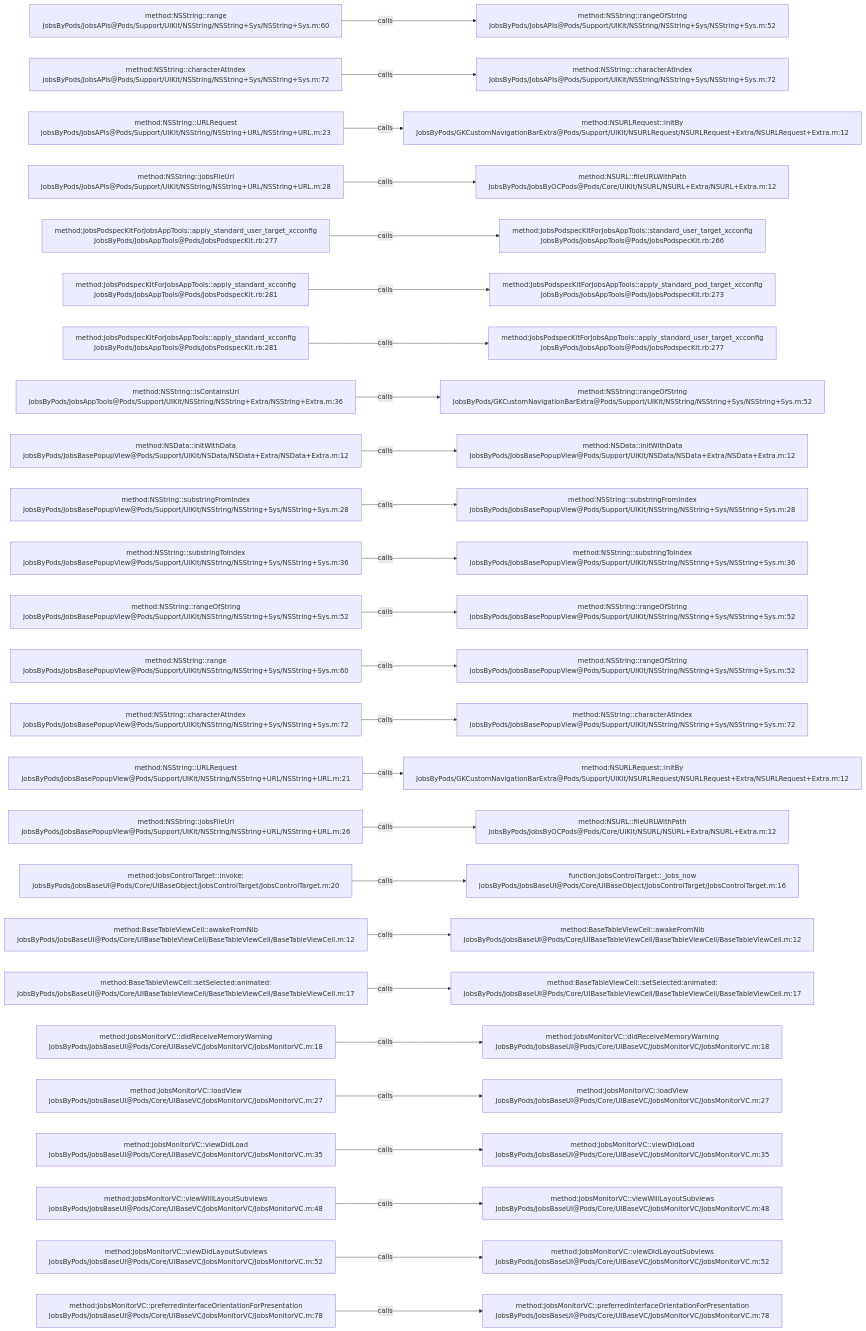
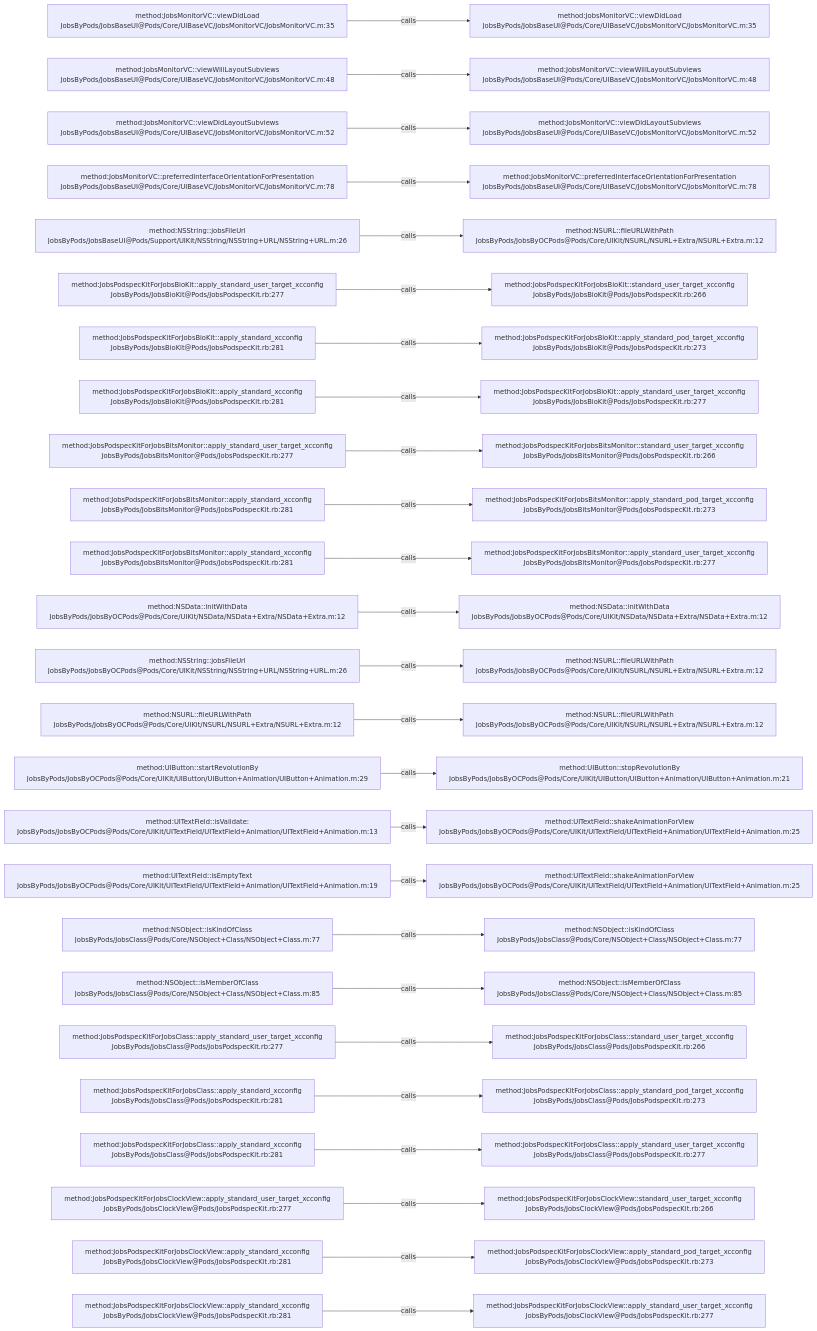
One commit to JobsKits/JobsOCBaseConfigDemo changed the diagram in .codegraph/codegraph.md/graphs/calls-002.md. Above: the diagram before and after it, drawn with Mermaid. The commit also changed 1448 other files, not shown here.

````diff
--- a/.codegraph/codegraph.md/graphs/calls-002.md
+++ b/.codegraph/codegraph.md/graphs/calls-002.md
@@ -13,78 +13,78 @@
 ```mermaid
 flowchart LR
-  S1["method:NSString::range<br/>JobsByPods/JobsAPIs@Pods/Support/UIKit/NSString/NSString+Sys/NSString+Sys.m:60"]
-  T1["method:NSString::rangeOfString<br/>JobsByPods/JobsAPIs@Pods/Support/UIKit/NSString/NSString+Sys/NSString+Sys.m:52"]
+  S1["method:JobsMonitorVC::viewDidLoad<br/>JobsByPods/JobsBaseUI@Pods/Core/UIBaseVC/JobsMonitorVC/JobsMonitorVC.m:35"]
+  T1["method:JobsMonitorVC::viewDidLoad<br/>JobsByPods/JobsBaseUI@Pods/Core/UIBaseVC/JobsMonitorVC/JobsMonitorVC.m:35"]
   S1 -->|calls| T1
-  S2["method:NSString::characterAtIndex<br/>JobsByPods/JobsAPIs@Pods/Support/UIKit/NSString/NSString+Sys/NSString+Sys.m:72"]
-  T2["method:NSString::characterAtIndex<br/>JobsByPods/JobsAPIs@Pods/Support/UIKit/NSString/NSString+Sys/NSString+Sys.m:72"]
+  S2["method:JobsMonitorVC::viewWillLayoutSubviews<br/>JobsByPods/JobsBaseUI@Pods/Core/UIBaseVC/JobsMonitorVC/JobsMonitorVC.m:48"]
+  T2["method:JobsMonitorVC::viewWillLayoutSubviews<br/>JobsByPods/JobsBaseUI@Pods/Core/UIBaseVC/JobsMonitorVC/JobsMonitorVC.m:48"]
   S2 -->|calls| T2
-  S3["method:NSString::URLRequest<br/>JobsByPods/JobsAPIs@Pods/Support/UIKit/NSString/NSString+URL/NSString+URL.m:23"]
-  T3["method:NSURLRequest::initBy<br/>JobsByPods/GKCustomNavigationBarExtra@Pods/Support/UIKit/NSURLRequest/NSURLRequest+Extra/NSURLRequest+Extra.m:12"]
+  S3["method:JobsMonitorVC::viewDidLayoutSubviews<br/>JobsByPods/JobsBaseUI@Pods/Core/UIBaseVC/JobsMonitorVC/JobsMonitorVC.m:52"]
+  T3["method:JobsMonitorVC::viewDidLayoutSubviews<br/>JobsByPods/JobsBaseUI@Pods/Core/UIBaseVC/JobsMonitorVC/JobsMonitorVC.m:52"]
   S3 -->|calls| T3
-  S4["method:NSString::jobsFileUrl<br/>JobsByPods/JobsAPIs@Pods/Support/UIKit/NSString/NSString+URL/NSString+URL.m:28"]
-  T4["method:NSURL::fileURLWithPath<br/>JobsByPods/JobsByOCPods@Pods/Core/UIKit/NSURL/NSURL+Extra/NSURL+Extra.m:12"]
+  S4["method:JobsMonitorVC::preferredInterfaceOrientationForPresentation<br/>JobsByPods/JobsBaseUI@Pods/Core/UIBaseVC/JobsMonitorVC/JobsMonitorVC.m:78"]
+  T4["method:JobsMonitorVC::preferredInterfaceOrientationForPresentation<br/>JobsByPods/JobsBaseUI@Pods/Core/UIBaseVC/JobsMonitorVC/JobsMonitorVC.m:78"]
   S4 -->|calls| T4
-  S5["method:JobsPodspecKitForJobsAppTools::apply_standard_user_target_xcconfig<br/>JobsByPods/JobsAppTools@Pods/JobsPodspecKit.rb:277"]
-  T5["method:JobsPodspecKitForJobsAppTools::standard_user_target_xcconfig<br/>JobsByPods/JobsAppTools@Pods/JobsPodspecKit.rb:266"]
+  S5["method:NSString::jobsFileUrl<br/>JobsByPods/JobsBaseUI@Pods/Support/UIKit/NSString/NSString+URL/NSString+URL.m:26"]
+  T5["method:NSURL::fileURLWithPath<br/>JobsByPods/JobsByOCPods@Pods/Core/UIKit/NSURL/NSURL+Extra/NSURL+Extra.m:12"]
   S5 -->|calls| T5
-  S6["method:JobsPodspecKitForJobsAppTools::apply_standard_xcconfig<br/>JobsByPods/JobsAppTools@Pods/JobsPodspecKit.rb:281"]
-  T6["method:JobsPodspecKitForJobsAppTools::apply_standard_pod_target_xcconfig<br/>JobsByPods/JobsAppTools@Pods/JobsPodspecKit.rb:273"]
+  S6["method:JobsPodspecKitForJobsBioKit::apply_standard_user_target_xcconfig<br/>JobsByPods/JobsBioKit@Pods/JobsPodspecKit.rb:277"]
+  T6["method:JobsPodspecKitForJobsBioKit::standard_user_target_xcconfig<br/>JobsByPods/JobsBioKit@Pods/JobsPodspecKit.rb:266"]
   S6 -->|calls| T6
-  S7["method:JobsPodspecKitForJobsAppTools::apply_standard_xcconfig<br/>JobsByPods/JobsAppTools@Pods/JobsPodspecKit.rb:281"]
-  T7["method:JobsPodspecKitForJobsAppTools::apply_standard_user_target_xcconfig<br/>JobsByPods/JobsAppTools@Pods/JobsPodspecKit.rb:277"]
+  S7["method:JobsPodspecKitForJobsBioKit::apply_standard_xcconfig<br/>JobsByPods/JobsBioKit@Pods/JobsPodspecKit.rb:281"]
+  T7["method:JobsPodspecKitForJobsBioKit::apply_standard_pod_target_xcconfig<br/>JobsByPods/JobsBioKit@Pods/JobsPodspecKit.rb:273"]
   S7 -->|calls| T7
-  S8["method:NSString::isContainsUrl<br/>JobsByPods/JobsAppTools@Pods/Support/UIKit/NSString/NSString+Extra/NSString+Extra.m:36"]
-  T8["method:NSString::rangeOfString<br/>JobsByPods/GKCustomNavigationBarExtra@Pods/Support/UIKit/NSString/NSString+Sys/NSString+Sys.m:52"]
+  S8["method:JobsPodspecKitForJobsBioKit::apply_standard_xcconfig<br/>JobsByPods/JobsBioKit@Pods/JobsPodspecKit.rb:281"]
+  T8["method:JobsPodspecKitForJobsBioKit::apply_standard_user_target_xcconfig<br/>JobsByPods/JobsBioKit@Pods/JobsPodspecKit.rb:277"]
   S8 -->|calls| T8
-  S9["method:NSData::initWithData<br/>JobsByPods/JobsBasePopupView@Pods/Support/UIKit/NSData/NSData+Extra/NSData+Extra.m:12"]
-  T9["method:NSData::initWithData<br/>JobsByPods/JobsBasePopupView@Pods/Support/UIKit/NSData/NSData+Extra/NSData+Extra.m:12"]
+  S9["method:JobsPodspecKitForJobsBitsMonitor::apply_standard_user_target_xcconfig<br/>JobsByPods/JobsBitsMonitor@Pods/JobsPodspecKit.rb:277"]
+  T9["method:JobsPodspecKitForJobsBitsMonitor::standard_user_target_xcconfig<br/>JobsByPods/JobsBitsMonitor@Pods/JobsPodspecKit.rb:266"]
   S9 -->|calls| T9
-  S10["method:NSString::substringFromIndex<br/>JobsByPods/JobsBasePopupView@Pods/Support/UIKit/NSString/NSString+Sys/NSString+Sys.m:28"]
-  T10["method:NSString::substringFromIndex<br/>JobsByPods/JobsBasePopupView@Pods/Support/UIKit/NSString/NSString+Sys/NSString+Sys.m:28"]
+  S10["method:JobsPodspecKitForJobsBitsMonitor::apply_standard_xcconfig<br/>JobsByPods/JobsBitsMonitor@Pods/JobsPodspecKit.rb:281"]
+  T10["method:JobsPodspecKitForJobsBitsMonitor::apply_standard_pod_target_xcconfig<br/>JobsByPods/JobsBitsMonitor@Pods/JobsPodspecKit.rb:273"]
   S10 -->|calls| T10
-  S11["method:NSString::substringToIndex<br/>JobsByPods/JobsBasePopupView@Pods/Support/UIKit/NSString/NSString+Sys/NSString+Sys.m:36"]
-  T11["method:NSString::substringToIndex<br/>JobsByPods/JobsBasePopupView@Pods/Support/UIKit/NSString/NSString+Sys/NSString+Sys.m:36"]
+  S11["method:JobsPodspecKitForJobsBitsMonitor::apply_standard_xcconfig<br/>JobsByPods/JobsBitsMonitor@Pods/JobsPodspecKit.rb:281"]
+  T11["method:JobsPodspecKitForJobsBitsMonitor::apply_standard_user_target_xcconfig<br/>JobsByPods/JobsBitsMonitor@Pods/JobsPodspecKit.rb:277"]
   S11 -->|calls| T11
-  S12["method:NSString::rangeOfString<br/>JobsByPods/JobsBasePopupView@Pods/Support/UIKit/NSString/NSString+Sys/NSString+Sys.m:52"]
-  T12["method:NSString::rangeOfString<br/>JobsByPods/JobsBasePopupView@Pods/Support/UIKit/NSString/NSString+Sys/NSString+Sys.m:52"]
+  S12["method:NSData::initWithData<br/>JobsByPods/JobsByOCPods@Pods/Core/UIKit/NSData/NSData+Extra/NSData+Extra.m:12"]
+  T12["method:NSData::initWithData<br/>JobsByPods/JobsByOCPods@Pods/Core/UIKit/NSData/NSData+Extra/NSData+Extra.m:12"]
   S12 -->|calls| T12
-  S13["method:NSString::range<br/>JobsByPods/JobsBasePopupView@Pods/Support/UIKit/NSString/NSString+Sys/NSString+Sys.m:60"]
-  T13["method:NSString::rangeOfString<br/>JobsByPods/JobsBasePopupView@Pods/Support/UIKit/NSString/NSString+Sys/NSString+Sys.m:52"]
+  S13["method:NSString::jobsFileUrl<br/>JobsByPods/JobsByOCPods@Pods/Core/UIKit/NSString/NSString+URL/NSString+URL.m:26"]
+  T13["method:NSURL::fileURLWithPath<br/>JobsByPods/JobsByOCPods@Pods/Core/UIKit/NSURL/NSURL+Extra/NSURL+Extra.m:12"]
   S13 -->|calls| T13
-  S14["method:NSString::characterAtIndex<br/>JobsByPods/JobsBasePopupView@Pods/Support/UIKit/NSString/NSString+Sys/NSString+Sys.m:72"]
-  T14["method:NSString::characterAtIndex<br/>JobsByPods/JobsBasePopupView@Pods/Support/UIKit/NSString/NSString+Sys/NSString+Sys.m:72"]
+  S14["method:NSURL::fileURLWithPath<br/>JobsByPods/JobsByOCPods@Pods/Core/UIKit/NSURL/NSURL+Extra/NSURL+Extra.m:12"]
+  T14["method:NSURL::fileURLWithPath<br/>JobsByPods/JobsByOCPods@Pods/Core/UIKit/NSURL/NSURL+Extra/NSURL+Extra.m:12"]
   S14 -->|calls| T14
-  S15["method:NSString::URLRequest<br/>JobsByPods/JobsBasePopupView@Pods/Support/UIKit/NSString/NSString+URL/NSString+URL.m:21"]
-  T15["method:NSURLRequest::initBy<br/>JobsByPods/GKCustomNavigationBarExtra@Pods/Support/UIKit/NSURLRequest/NSURLRequest+Extra/NSURLRequest+Extra.m:12"]
+  S15["method:UIButton::startRevolutionBy<br/>JobsByPods/JobsByOCPods@Pods/Core/UIKit/UIButton/UIButton+Animation/UIButton+Animation.m:29"]
+  T15["method:UIButton::stopRevolutionBy<br/>JobsByPods/JobsByOCPods@Pods/Core/UIKit/UIButton/UIButton+Animation/UIButton+Animation.m:21"]
   S15 -->|calls| T15
-  S16["method:NSString::jobsFileUrl<br/>JobsByPods/JobsBasePopupView@Pods/Support/UIKit/NSString/NSString+URL/NSString+URL.m:26"]
-  T16["method:NSURL::fileURLWithPath<br/>JobsByPods/JobsByOCPods@Pods/Core/UIKit/NSURL/NSURL+Extra/NSURL+Extra.m:12"]
+  S16["method:UITextField::isValidate:<br/>JobsByPods/JobsByOCPods@Pods/Core/UIKit/UITextField/UITextField+Animation/UITextField+Animation.m:13"]
+  T16["method:UITextField::shakeAnimationForView<br/>JobsByPods/JobsByOCPods@Pods/Core/UIKit/UITextField/UITextField+Animation/UITextField+Animation.m:25"]
   S16 -->|calls| T16
-  S17["method:JobsControlTarget::invoke:<br/>JobsByPods/JobsBaseUI@Pods/Core/UIBaseObject/JobsControlTarget/JobsControlTarget.m:20"]
-  T17["function:JobsControlTarget::_jobs_now<br/>JobsByPods/JobsBaseUI@Pods/Core/UIBaseObject/JobsControlTarget/JobsControlTarget.m:16"]
+  S17["method:UITextField::isEmptyText<br/>JobsByPods/JobsByOCPods@Pods/Core/UIKit/UITextField/UITextField+Animation/UITextField+Animation.m:19"]
+  T17["method:UITextField::shakeAnimationForView<br/>JobsByPods/JobsByOCPods@Pods/Core/UIKit/UITextField/UITextField+Animation/UITextField+Animation.m:25"]
   S17 -->|calls| T17
-  S18["method:BaseTableViewCell::awakeFromNib<br/>JobsByPods/JobsBaseUI@Pods/Core/UIBaseTableViewCell/BaseTableViewCell/BaseTableViewCell.m:12"]
-  T18["method:BaseTableViewCell::awakeFromNib<br/>JobsByPods/JobsBaseUI@Pods/Core/UIBaseTableViewCell/BaseTableViewCell/BaseTableViewCell.m:12"]
+  S18["method:NSObject::isKindOfClass<br/>JobsByPods/JobsClass@Pods/Core/NSObject+Class/NSObject+Class.m:77"]
+  T18["method:NSObject::isKindOfClass<br/>JobsByPods/JobsClass@Pods/Core/NSObject+Class/NSObject+Class.m:77"]
   S18 -->|calls| T18
-  S19["method:BaseTableViewCell::setSelected:animated:<br/>JobsByPods/JobsBaseUI@Pods/Core/UIBaseTableViewCell/BaseTableViewCell/BaseTableViewCell.m:17"]
-  T19["method:BaseTableViewCell::setSelected:animated:<br/>JobsByPods/JobsBaseUI@Pods/Core/UIBaseTableViewCell/BaseTableViewCell/BaseTableViewCell.m:17"]
+  S19["method:NSObject::isMemberOfClass<br/>JobsByPods/JobsClass@Pods/Core/NSObject+Class/NSObject+Class.m:85"]
+  T19["method:NSObject::isMemberOfClass<br/>JobsByPods/JobsClass@Pods/Core/NSObject+Class/NSObject+Class.m:85"]
   S19 -->|calls| T19
-  S20["method:JobsMonitorVC::didReceiveMemoryWarning<br/>JobsByPods/JobsBaseUI@Pods/Core/UIBaseVC/JobsMonitorVC/JobsMonitorVC.m:18"]
-  T20["method:JobsMonitorVC::didReceiveMemoryWarning<br/>JobsByPods/JobsBaseUI@Pods/Core/UIBaseVC/JobsMonitorVC/JobsMonitorVC.m:18"]
+  S20["method:JobsPodspecKitForJobsClass::apply_standard_user_target_xcconfig<br/>JobsByPods/JobsClass@Pods/JobsPodspecKit.rb:277"]
+  T20["method:JobsPodspecKitForJobsClass::standard_user_target_xcconfig<br/>JobsByPods/JobsClass@Pods/JobsPodspecKit.rb:266"]
   S20 -->|calls| T20
-  S21["method:JobsMonitorVC::loadView<br/>JobsByPods/JobsBaseUI@Pods/Core/UIBaseVC/JobsMonitorVC/JobsMonitorVC.m:27"]
-  T21["method:JobsMonitorVC::loadView<br/>JobsByPods/JobsBaseUI@Pods/Core/UIBaseVC/JobsMonitorVC/JobsMonitorVC.m:27"]
+  S21["method:JobsPodspecKitForJobsClass::apply_standard_xcconfig<br/>JobsByPods/JobsClass@Pods/JobsPodspecKit.rb:281"]
+  T21["method:JobsPodspecKitForJobsClass::apply_standard_pod_target_xcconfig<br/>JobsByPods/JobsClass@Pods/JobsPodspecKit.rb:273"]
   S21 -->|calls| T21
-  S22["method:JobsMonitorVC::viewDidLoad<br/>JobsByPods/JobsBaseUI@Pods/Core/UIBaseVC/JobsMonitorVC/JobsMonitorVC.m:35"]
-  T22["method:JobsMonitorVC::viewDidLoad<br/>JobsByPods/JobsBaseUI@Pods/Core/UIBaseVC/JobsMonitorVC/JobsMonitorVC.m:35"]
+  S22["method:JobsPodspecKitForJobsClass::apply_standard_xcconfig<br/>JobsByPods/JobsClass@Pods/JobsPodspecKit.rb:281"]
+  T22["method:JobsPodspecKitForJobsClass::apply_standard_user_target_xcconfig<br/>JobsByPods/JobsClass@Pods/JobsPodspecKit.rb:277"]
   S22 -->|calls| T22
-  S23["method:JobsMonitorVC::viewWillLayoutSubviews<br/>JobsByPods/JobsBaseUI@Pods/Core/UIBaseVC/JobsMonitorVC/JobsMonitorVC.m:48"]
-  T23["method:JobsMonitorVC::viewWillLayoutSubviews<br/>JobsByPods/JobsBaseUI@Pods/Core/UIBaseVC/JobsMonitorVC/JobsMonitorVC.m:48"]
+  S23["method:JobsPodspecKitForJobsClockView::apply_standard_user_target_xcconfig<br/>JobsByPods/JobsClockView@Pods/JobsPodspecKit.rb:277"]
+  T23["method:JobsPodspecKitForJobsClockView::standard_user_target_xcconfig<br/>JobsByPods/JobsClockView@Pods/JobsPodspecKit.rb:266"]
   S23 -->|calls| T23
-  S24["method:JobsMonitorVC::viewDidLayoutSubviews<br/>JobsByPods/JobsBaseUI@Pods/Core/UIBaseVC/JobsMonitorVC/JobsMonitorVC.m:52"]
-  T24["method:JobsMonitorVC::viewDidLayoutSubviews<br/>JobsByPods/JobsBaseUI@Pods/Core/UIBaseVC/JobsMonitorVC/JobsMonitorVC.m:52"]
+  S24["method:JobsPodspecKitForJobsClockView::apply_standard_xcconfig<br/>JobsByPods/JobsClockView@Pods/JobsPodspecKit.rb:281"]
+  T24["method:JobsPodspecKitForJobsClockView::apply_standard_pod_target_xcconfig<br/>JobsByPods/JobsClockView@Pods/JobsPodspecKit.rb:273"]
   S24 -->|calls| T24
-  S25["method:JobsMonitorVC::preferredInterfaceOrientationForPresentation<br/>JobsByPods/JobsBaseUI@Pods/Core/UIBaseVC/JobsMonitorVC/JobsMonitorVC.m:78"]
-  T25["method:JobsMonitorVC::preferredInterfaceOrientationForPresentation<br/>JobsByPods/JobsBaseUI@Pods/Core/UIBaseVC/JobsMonitorVC/JobsMonitorVC.m:78"]
+  S25["method:JobsPodspecKitForJobsClockView::apply_standard_xcconfig<br/>JobsByPods/JobsClockView@Pods/JobsPodspecKit.rb:281"]
+  T25["method:JobsPodspecKitForJobsClockView::apply_standard_user_target_xcconfig<br/>JobsByPods/JobsClockView@Pods/JobsPodspecKit.rb:277"]
   S25 -->|calls| T25
 ```
````
